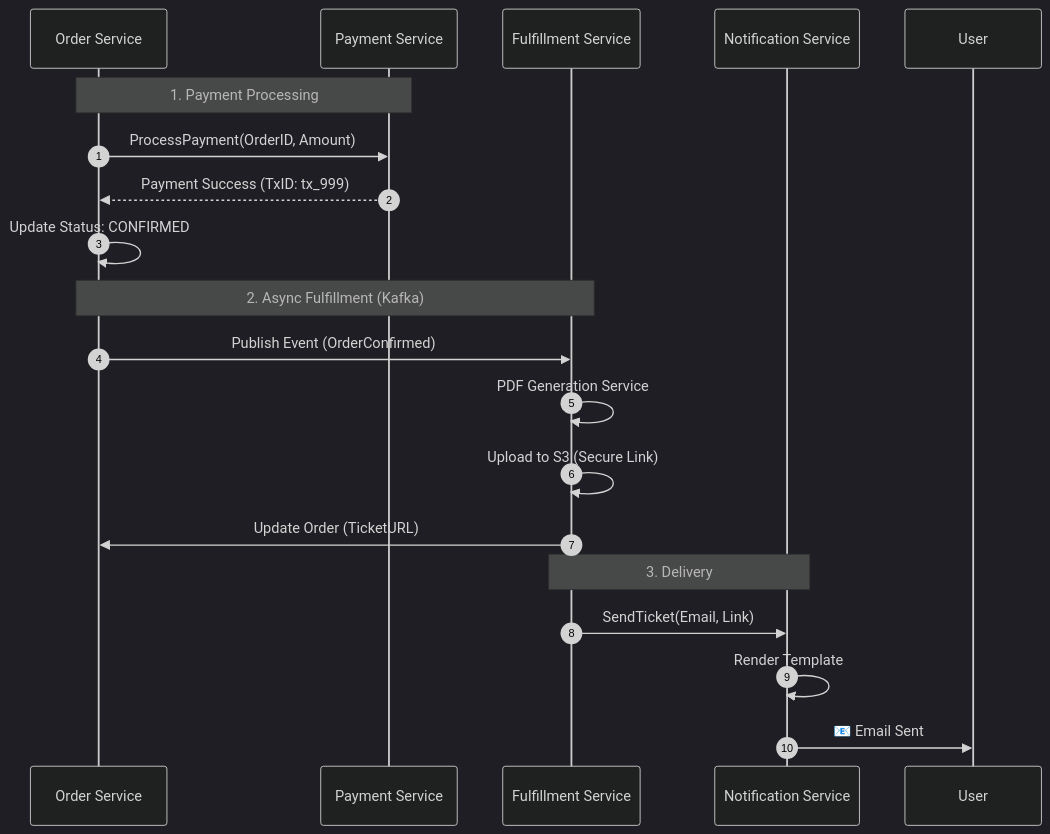
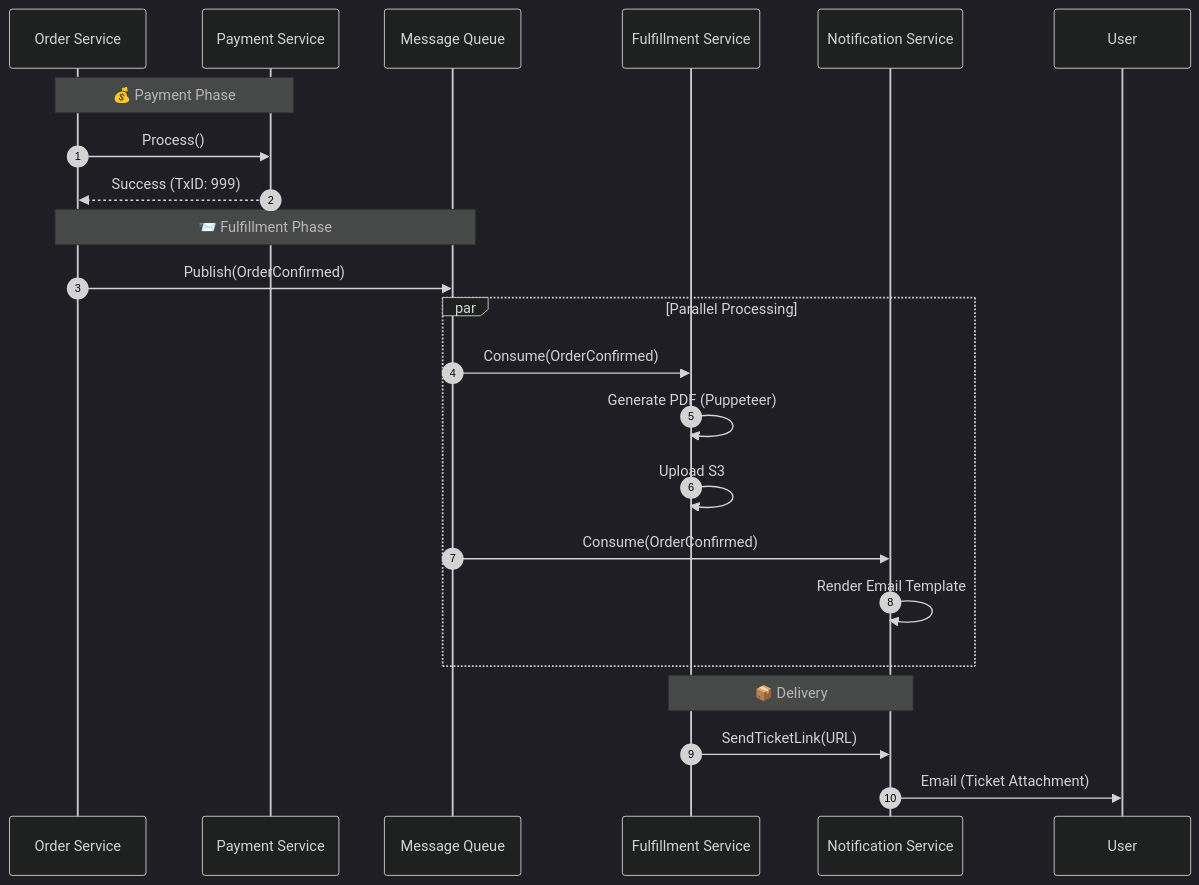
One commit to MuhibNayem/Travio changed the third of 3 diagrams in README.md. Above: the diagram before and after it, drawn with Mermaid (dark theme). The commit also changed other lines of this file, not shown here.

Commit message:
docs: Enhance README with multi-modal platform details, core engineering challenges, and updated architecture.

````diff
--- a/README.md
+++ b/README.md
@@ -130,24 +156,29 @@
 ```mermaid
 sequenceDiagram
     autonumber
     participant ORD as Order Service
     participant PAY as Payment Service
+    participant KAFKA as Message Queue
     participant FUL as Fulfillment Service
     participant NOT as Notification Service
 
-    Note over ORD, PAY: 1. Payment Processing
-    ORD->>PAY: ProcessPayment(OrderID, Amount)
-    PAY-->>ORD: Payment Success (TxID: tx_999)
-    ORD->>ORD: Update Status: CONFIRMED
+    Note over ORD, PAY: 💰 Payment Phase
+    ORD->>PAY: Process()
+    PAY-->>ORD: Success (TxID: 999)
 
-    Note over ORD, FUL: 2. Async Fulfillment (Kafka)
-    ORD->>FUL: Publish Event (OrderConfirmed)
-    FUL->>FUL: PDF Generation Service
-    FUL->>FUL: Upload to S3 (Secure Link)
-    FUL->>ORD: Update Order (TicketURL)
+    Note over ORD, KAFKA: 📨 Fulfillment Phase
+    ORD->>KAFKA: Publish(OrderConfirmed)
+    
+    par Parallel Processing
+        KAFKA->>FUL: Consume(OrderConfirmed)
+        FUL->>FUL: Generate PDF (Puppeteer)
+        FUL->>FUL: Upload S3
+        
+        KAFKA->>NOT: Consume(OrderConfirmed)
+        NOT->>NOT: Render Email Template
+    end
 
-    Note over FUL, NOT: 3. Delivery
-    FUL->>NOT: SendTicket(Email, Link)
-    NOT->>NOT: Render Template
-    NOT->>User: 📧 Email Sent
+    Note over FUL, NOT: 📦 Delivery
+    FUL->>NOT: SendTicketLink(URL)
+    NOT->>User: Email (Ticket Attachment)
 ```
````
